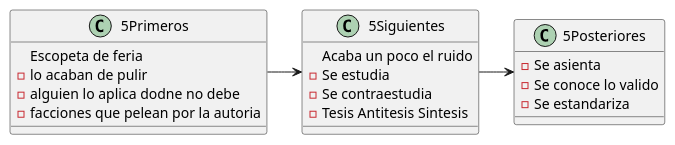
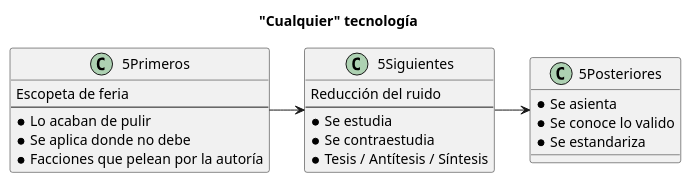
The diagram in documentos/modelosUML/5mas5mas5.puml (mmasias/ai-prompts), drawn with PlantUML before and after one commit. The commit also changed 4 other files, not shown here.

First line of the commit message:
Refactorización de documentación y actualización de diagrama UML

```diff
--- a/documentos/modelosUML/5mas5mas5.puml
+++ b/documentos/modelosUML/5mas5mas5.puml
@@ -1,23 +1,27 @@
+title "Cualquier" tecnología
+
 class 5Primeros{
 Escopeta de feria
-- lo acaban de pulir
-- alguien lo aplica dodne no debe
-- facciones que pelean por la autoria
+---
+* Lo acaban de pulir
+* Se aplica donde no debe
+* Facciones que pelean por la autoría
 }
 
 
 class 5Siguientes{
-Acaba un poco el ruido
-- Se estudia
-- Se contraestudia
-- Tesis Antitesis Sintesis
+Reducción del ruido
+---
+* Se estudia
+* Se contraestudia
+* Tesis / Antítesis / Síntesis
 }
 
 class 5Posteriores{
-- Se asienta
-- Se conoce lo valido
-- Se estandariza
+* Se asienta
+* Se conoce lo valido
+* Se estandariza
 }
 
 5Primeros-r->5Siguientes
 5Siguientes-r->5Posteriores
```
